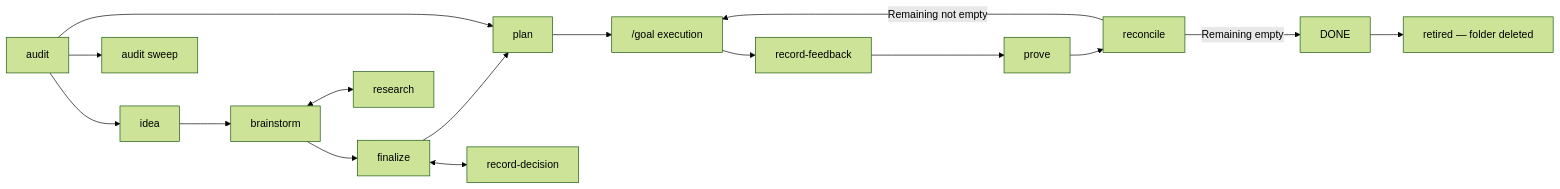
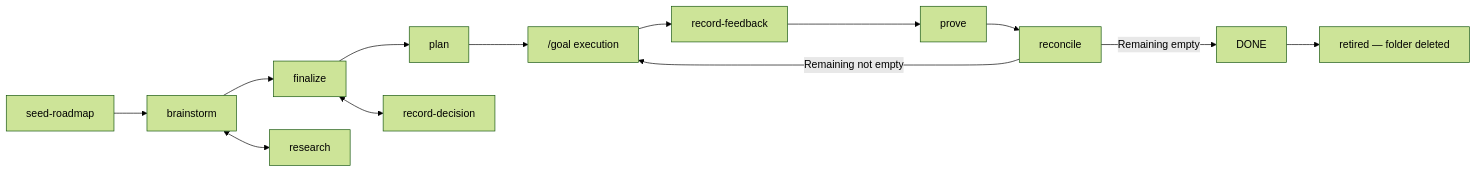
Before and after one commit to tailrocks/tailrocks-skills: the second of 2 diagrams in docs/content/docs/choosing.mdx, drawn with Mermaid (forest theme). The commit also changed other lines of this file and 40 other files, not shown here.

````diff
--- a/docs/content/docs/choosing.mdx
+++ b/docs/content/docs/choosing.mdx
@@ -429,11 +427,9 @@
 ```mermaid
 flowchart LR
-  audit --> idea --> brainstorm --> finalize --> plan --> exec["/goal execution"]
+  seed["seed-roadmap"] --> brainstorm --> finalize --> plan --> exec["/goal execution"]
   exec --> feedback["record-feedback"] --> prove --> reconcile
   reconcile -->|Remaining not empty| exec
   reconcile -->|Remaining empty| done["DONE"] --> retire["retired — folder deleted"]
-  audit --> plan
-  audit --> sweep["audit sweep"]
   brainstorm <--> research
   finalize <--> decision["record-decision"]
 ```
````
